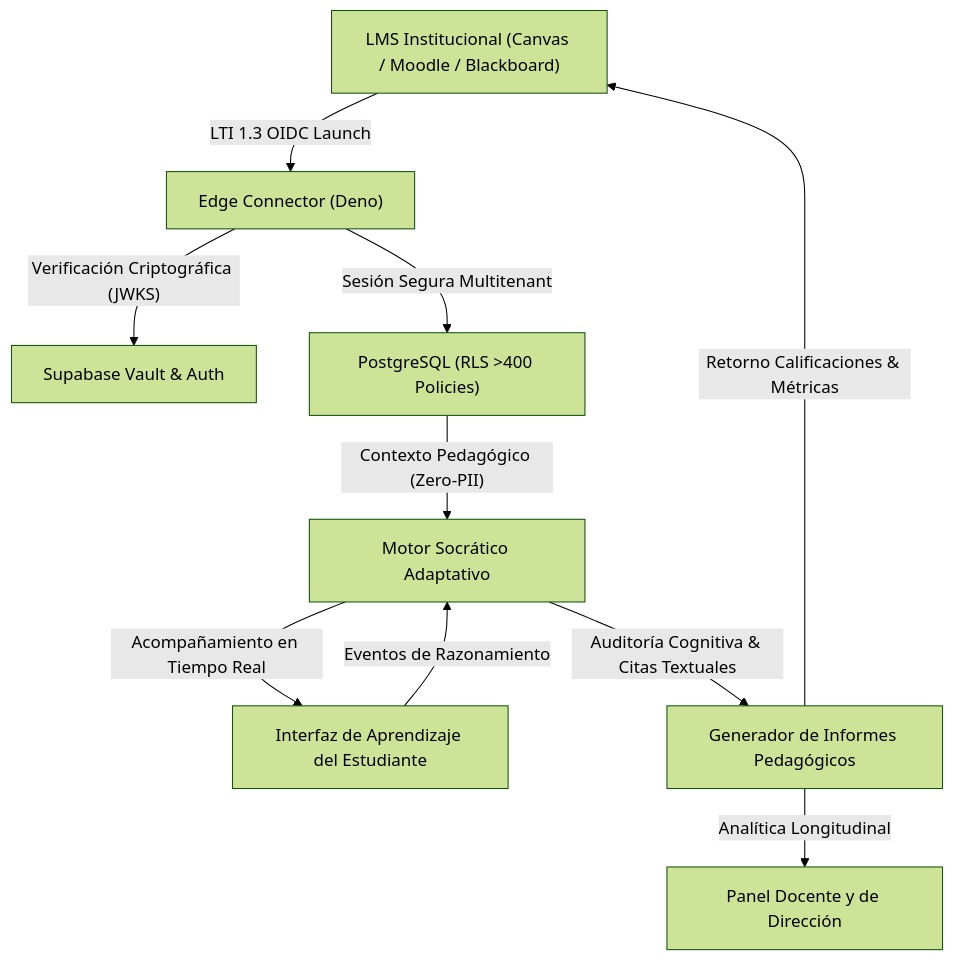
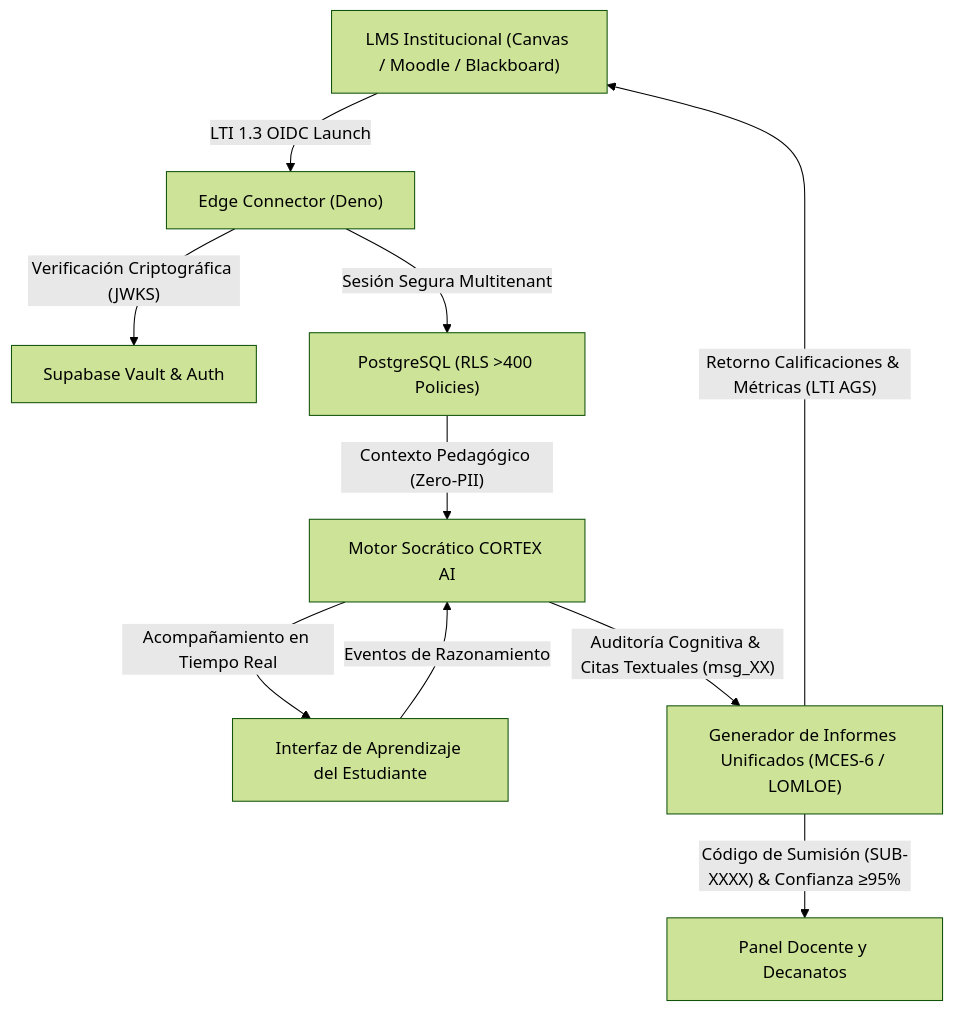
One commit to BSanroma/my-eutic-docs changed the diagram in docs/architecture.md. Above: the diagram before and after it, drawn with Mermaid (forest theme). The commit also changed other lines of this file and 2 other files, not shown here.

Commit message:
docs: actualitzar my-eutic-docs amb el marc MCES-6, traçabilitat forense de submissió i pilots universitaris

````diff
--- a/docs/architecture.md
+++ b/docs/architecture.md
@@ -20,12 +20,12 @@
 ```mermaid
 graph TD
     A["LMS Institucional (Canvas / Moodle / Blackboard)"] -- LTI 1.3 OIDC Launch --> B["Edge Connector (Deno)"]
     B -- Verificación Criptográfica (JWKS) --> C["Supabase Vault & Auth"]
     B -- Sesión Segura Multitenant --> D["PostgreSQL (RLS >400 Policies)"]
-    D -- Contexto Pedagógico (Zero-PII) --> E["Motor Socrático Adaptativo"]
+    D -- Contexto Pedagógico (Zero-PII) --> E["Motor Socrático CORTEX AI"]
     E -- Acompañamiento en Tiempo Real --> F["Interfaz de Aprendizaje del Estudiante"]
     F -- Eventos de Razonamiento --> E
-    E -- Auditoría Cognitiva & Citas Textuales --> G["Generador de Informes Pedagógicos"]
-    G -- Retorno Calificaciones & Métricas --> A
-    G -- Analítica Longitudinal --> H["Panel Docente y de Dirección"]
+    E -- Auditoría Cognitiva & Citas Textuales (msg_XX) --> G["Generador de Informes Unificados (MCES-6 / LOMLOE)"]
+    G -- Retorno Calificaciones & Métricas (LTI AGS) --> A
+    G -- Código de Sumisión (SUB-XXXX) & Confianza ≥95% --> H["Panel Docente y Decanatos"]
 ```
````
